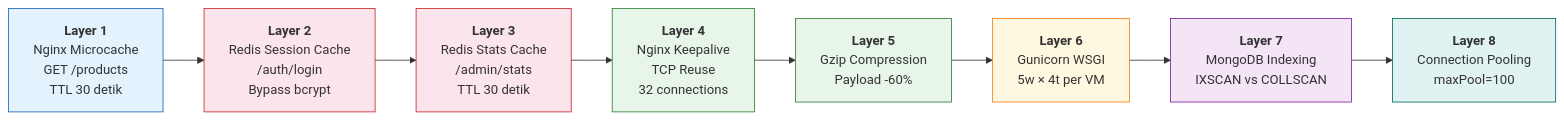
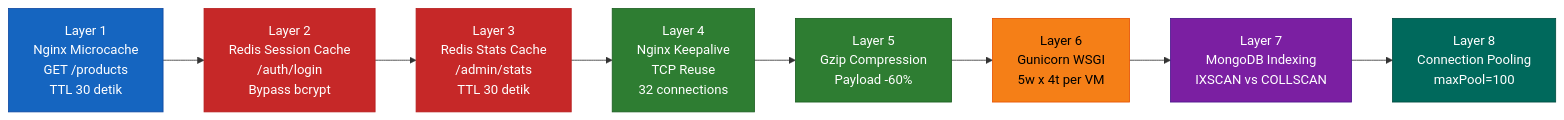
One commit to baboey/fp-tka-1 changed the third of 5 diagrams in README.md. Above: the diagram before and after it, drawn with Mermaid. The commit also changed other lines of this file, not shown here.

Commit message:
docs: fix mermaid styling for readability and remove $ in pie chart title

````diff
--- a/README.md
+++ b/README.md
@@ -194,19 +194,19 @@
 ```mermaid
 graph LR
-    A["<b>Layer 1</b><br/>Nginx Microcache<br/>GET /products<br/>TTL 30 detik"] --> B["<b>Layer 2</b><br/>Redis Session Cache<br/>/auth/login<br/>Bypass bcrypt"]
-    B --> C["<b>Layer 3</b><br/>Redis Stats Cache<br/>/admin/stats<br/>TTL 30 detik"]
-    C --> D["<b>Layer 4</b><br/>Nginx Keepalive<br/>TCP Reuse<br/>32 connections"]
-    D --> E["<b>Layer 5</b><br/>Gzip Compression<br/>Payload -60%"]
-    E --> F["<b>Layer 6</b><br/>Gunicorn WSGI<br/>5w × 4t per VM"]
-    F --> G["<b>Layer 7</b><br/>MongoDB Indexing<br/>IXSCAN vs COLLSCAN"]
-    G --> H["<b>Layer 8</b><br/>Connection Pooling<br/>maxPool=100"]
+    A["Layer 1<br/>Nginx Microcache<br/>GET /products<br/>TTL 30 detik"] --> B["Layer 2<br/>Redis Session Cache<br/>/auth/login<br/>Bypass bcrypt"]
+    B --> C["Layer 3<br/>Redis Stats Cache<br/>/admin/stats<br/>TTL 30 detik"]
+    C --> D["Layer 4<br/>Nginx Keepalive<br/>TCP Reuse<br/>32 connections"]
+    D --> E["Layer 5<br/>Gzip Compression<br/>Payload -60%"]
+    E --> F["Layer 6<br/>Gunicorn WSGI<br/>5w x 4t per VM"]
+    F --> G["Layer 7<br/>MongoDB Indexing<br/>IXSCAN vs COLLSCAN"]
+    G --> H["Layer 8<br/>Connection Pooling<br/>maxPool=100"]
 
-    style A fill:#e3f2fd,stroke:#1565C0
-    style B fill:#fce4ec,stroke:#C62828
-    style C fill:#fce4ec,stroke:#C62828
-    style D fill:#e8f5e9,stroke:#2E7D32
-    style E fill:#e8f5e9,stroke:#2E7D32
-    style F fill:#fff8e1,stroke:#F57F17
-    style G fill:#f3e5f5,stroke:#7B1FA2
-    style H fill:#e0f2f1,stroke:#00695C
+    style A fill:#1565C0,stroke:#0d47a1,color:#fff
+    style B fill:#C62828,stroke:#b71c1c,color:#fff
+    style C fill:#C62828,stroke:#b71c1c,color:#fff
+    style D fill:#2E7D32,stroke:#1b5e20,color:#fff
+    style E fill:#2E7D32,stroke:#1b5e20,color:#fff
+    style F fill:#F57F17,stroke:#e65100,color:#000
+    style G fill:#7B1FA2,stroke:#4a148c,color:#fff
+    style H fill:#00695C,stroke:#004d40,color:#fff
 ```
````
